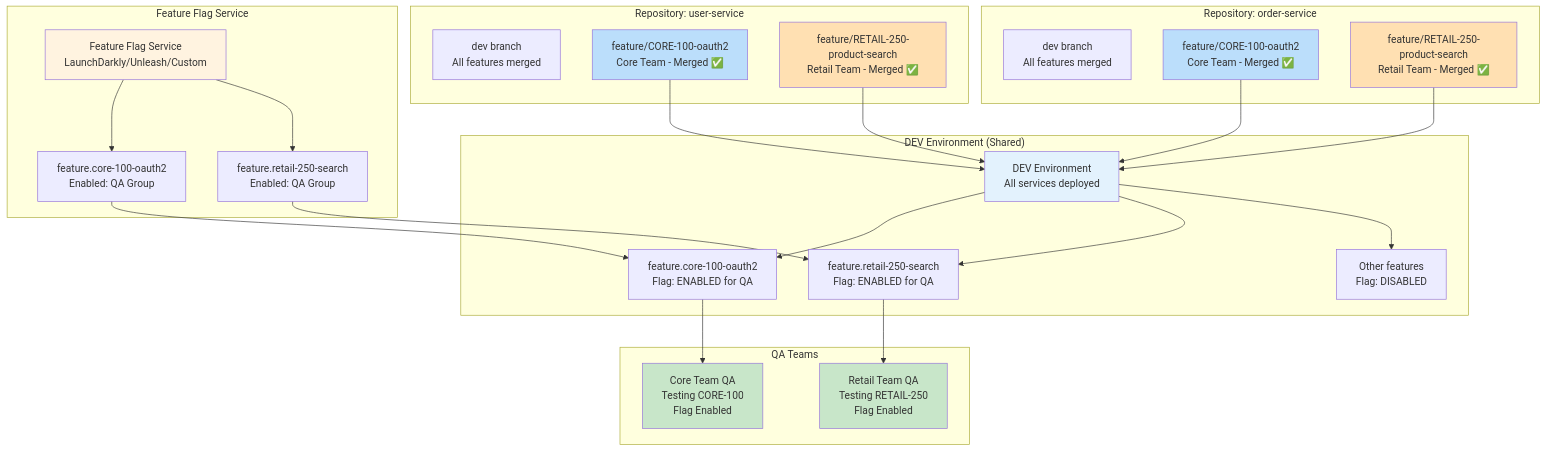
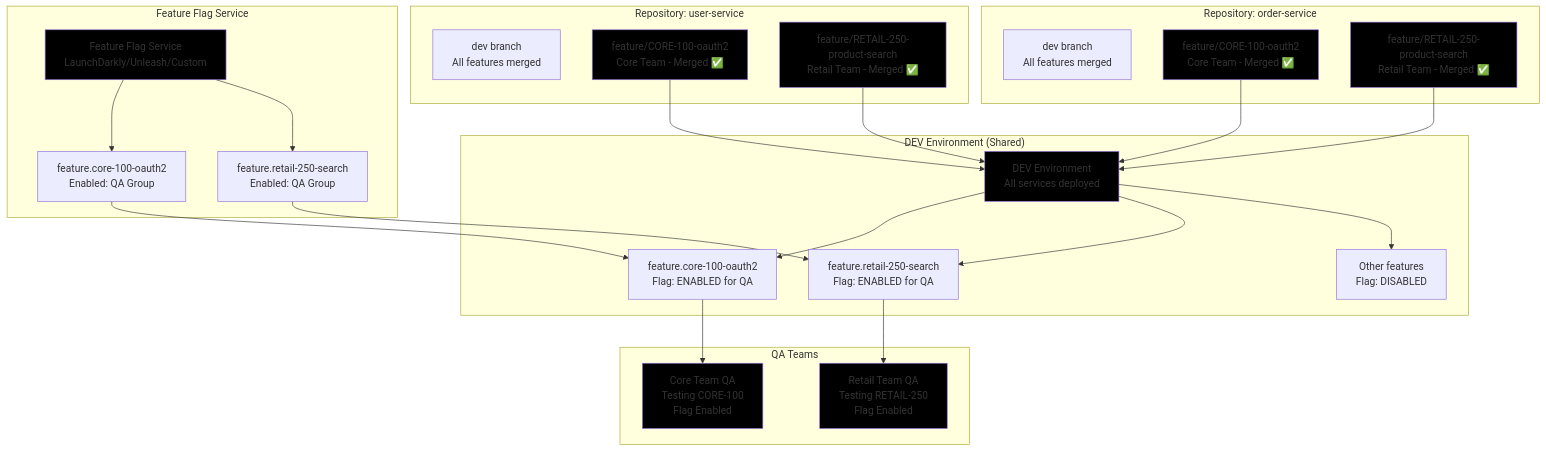
One commit to recferret-bit/finharbor changed the seventh of 8 diagrams in index.md. Above: the diagram before and after it, drawn with Mermaid. The commit also changed other lines of this file and 1 other file, not shown here.

Commit message:
Refactor: Set all flowchart node styles to black

````diff
--- a/index.md
+++ b/index.md
@@ -1852,58 +1852,58 @@
 ```mermaid
 graph TB
     subgraph "Repository: user-service"
         US_DEV[dev branch<br/>All features merged]
         US_CORE[feature/CORE-100-oauth2<br/>Core Team - Merged ✅]
         US_RETAIL[feature/RETAIL-250-product-search<br/>Retail Team - Merged ✅]
     end
     
     subgraph "Repository: order-service"
         OS_DEV[dev branch<br/>All features merged]
         OS_CORE[feature/CORE-100-oauth2<br/>Core Team - Merged ✅]
         OS_RETAIL[feature/RETAIL-250-product-search<br/>Retail Team - Merged ✅]
     end
     
     subgraph "DEV Environment (Shared)"
         DEV_ENV[DEV Environment<br/>All services deployed]
         DEV_CORE[feature.core-100-oauth2<br/>Flag: ENABLED for QA]
         DEV_RETAIL[feature.retail-250-search<br/>Flag: ENABLED for QA]
         DEV_OTHER[Other features<br/>Flag: DISABLED]
     end
     
     subgraph "Feature Flag Service"
         FF_SERVICE[Feature Flag Service<br/>LaunchDarkly/Unleash/Custom]
         FF_CORE[feature.core-100-oauth2<br/>Enabled: QA Group]
         FF_RETAIL[feature.retail-250-search<br/>Enabled: QA Group]
     end
     
     subgraph "QA Teams"
         QA_CORE[Core Team QA<br/>Testing CORE-100<br/>Flag Enabled]
         QA_RETAIL[Retail Team QA<br/>Testing RETAIL-250<br/>Flag Enabled]
     end
     
     US_CORE --> DEV_ENV
     OS_CORE --> DEV_ENV
     US_RETAIL --> DEV_ENV
     OS_RETAIL --> DEV_ENV
     
     DEV_ENV --> DEV_CORE
     DEV_ENV --> DEV_RETAIL
     DEV_ENV --> DEV_OTHER
     
     FF_SERVICE --> FF_CORE
     FF_SERVICE --> FF_RETAIL
     FF_CORE --> DEV_CORE
     FF_RETAIL --> DEV_RETAIL
     
     DEV_CORE --> QA_CORE
     DEV_RETAIL --> QA_RETAIL
     
-    style DEV_ENV fill:#e3f2fd
-    style FF_SERVICE fill:#fff3e0
-    style QA_CORE fill:#c8e6c9
-    style QA_RETAIL fill:#c8e6c9
-    style US_CORE fill:#bbdefb
-    style OS_CORE fill:#bbdefb
-    style US_RETAIL fill:#ffe0b2
-    style OS_RETAIL fill:#ffe0b2
+    style DEV_ENV fill:#000000
+    style FF_SERVICE fill:#000000
+    style QA_CORE fill:#000000
+    style QA_RETAIL fill:#000000
+    style US_CORE fill:#000000
+    style OS_CORE fill:#000000
+    style US_RETAIL fill:#000000
+    style OS_RETAIL fill:#000000
 ```
````
